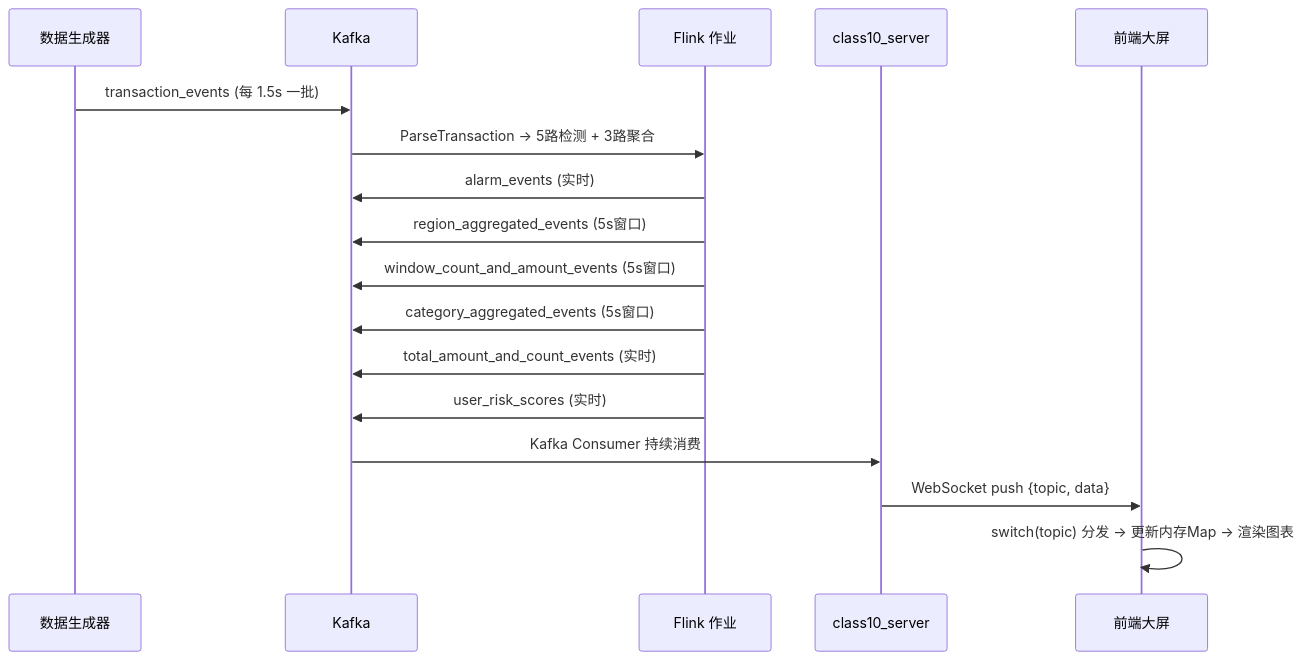
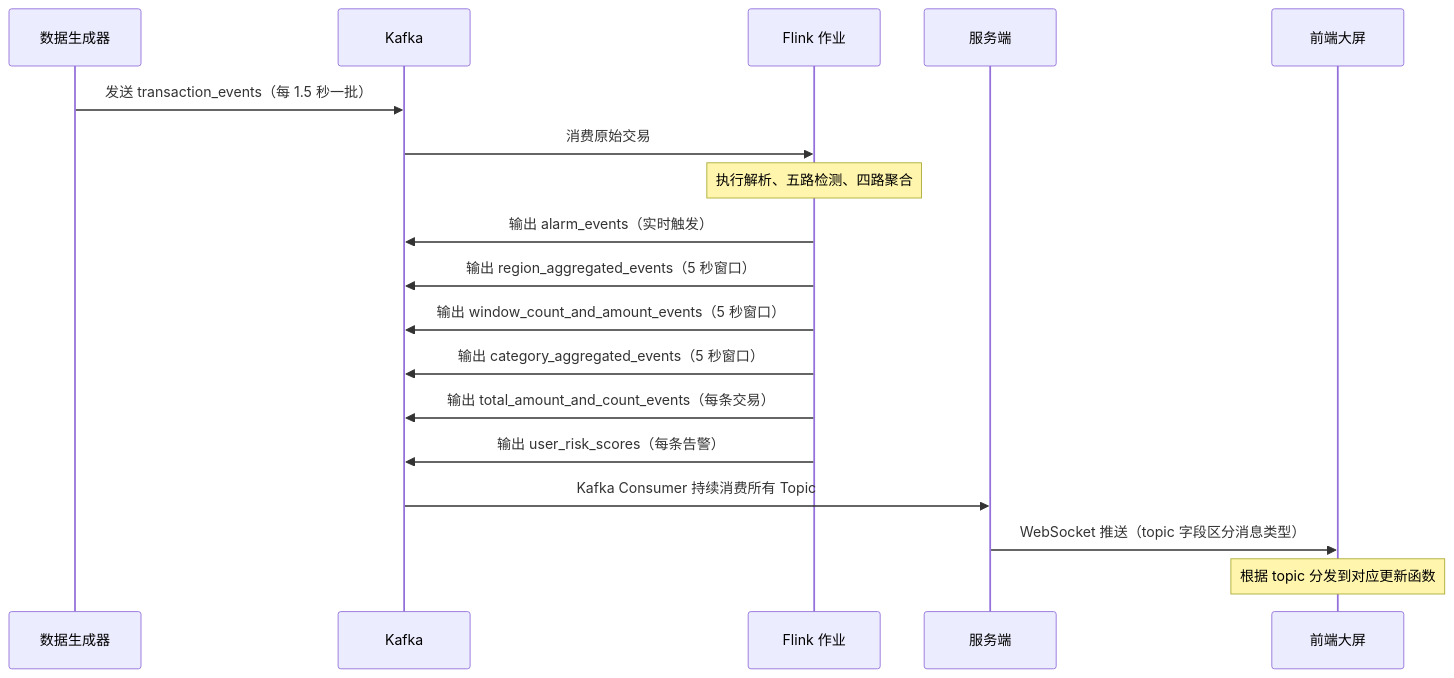
Before and after one commit to Z-1220/pyflink-fraud-detection-lab: the second of 4 diagrams in 技术文档.md, drawn with Mermaid. The commit also changed other lines of this file, not shown here.

First line of the commit message:
文档规范化：禁止代码块、禁止不规范箭头、图表补充说明文字

````diff
--- a/技术文档.md
+++ b/技术文档.md
@@ -167,20 +177,21 @@
 ```mermaid
 sequenceDiagram
     participant GEN as 数据生成器
     participant K as Kafka
     participant FLINK as Flink 作业
-    participant SVR as class10_server
+    participant SVR as 服务端
     participant UI as 前端大屏
 
-    GEN->>K: transaction_events (每 1.5s 一批)
-    K->>FLINK: ParseTransaction → 5路检测 + 3路聚合
-    FLINK->>K: alarm_events (实时)
-    FLINK->>K: region_aggregated_events (5s窗口)
-    FLINK->>K: window_count_and_amount_events (5s窗口)
-    FLINK->>K: category_aggregated_events (5s窗口)
-    FLINK->>K: total_amount_and_count_events (实时)
-    FLINK->>K: user_risk_scores (实时)
-    K->>SVR: Kafka Consumer 持续消费
-    SVR->>UI: WebSocket push {topic, data}
-    UI->>UI: switch(topic) 分发 → 更新内存Map → 渲染图表
+    GEN->>K: 发送 transaction_events（每 1.5 秒一批）
+    K->>FLINK: 消费原始交易
+    Note over FLINK: 执行解析、五路检测、四路聚合
+    FLINK->>K: 输出 alarm_events（实时触发）
+    FLINK->>K: 输出 region_aggregated_events（5 秒窗口）
+    FLINK->>K: 输出 window_count_and_amount_events（5 秒窗口）
+    FLINK->>K: 输出 category_aggregated_events（5 秒窗口）
+    FLINK->>K: 输出 total_amount_and_count_events（每条交易）
+    FLINK->>K: 输出 user_risk_scores（每条告警）
+    K->>SVR: Kafka Consumer 持续消费所有 Topic
+    SVR->>UI: WebSocket 推送（topic 字段区分消息类型）
+    Note over UI: 根据 topic 分发到对应更新函数
 ```
````
